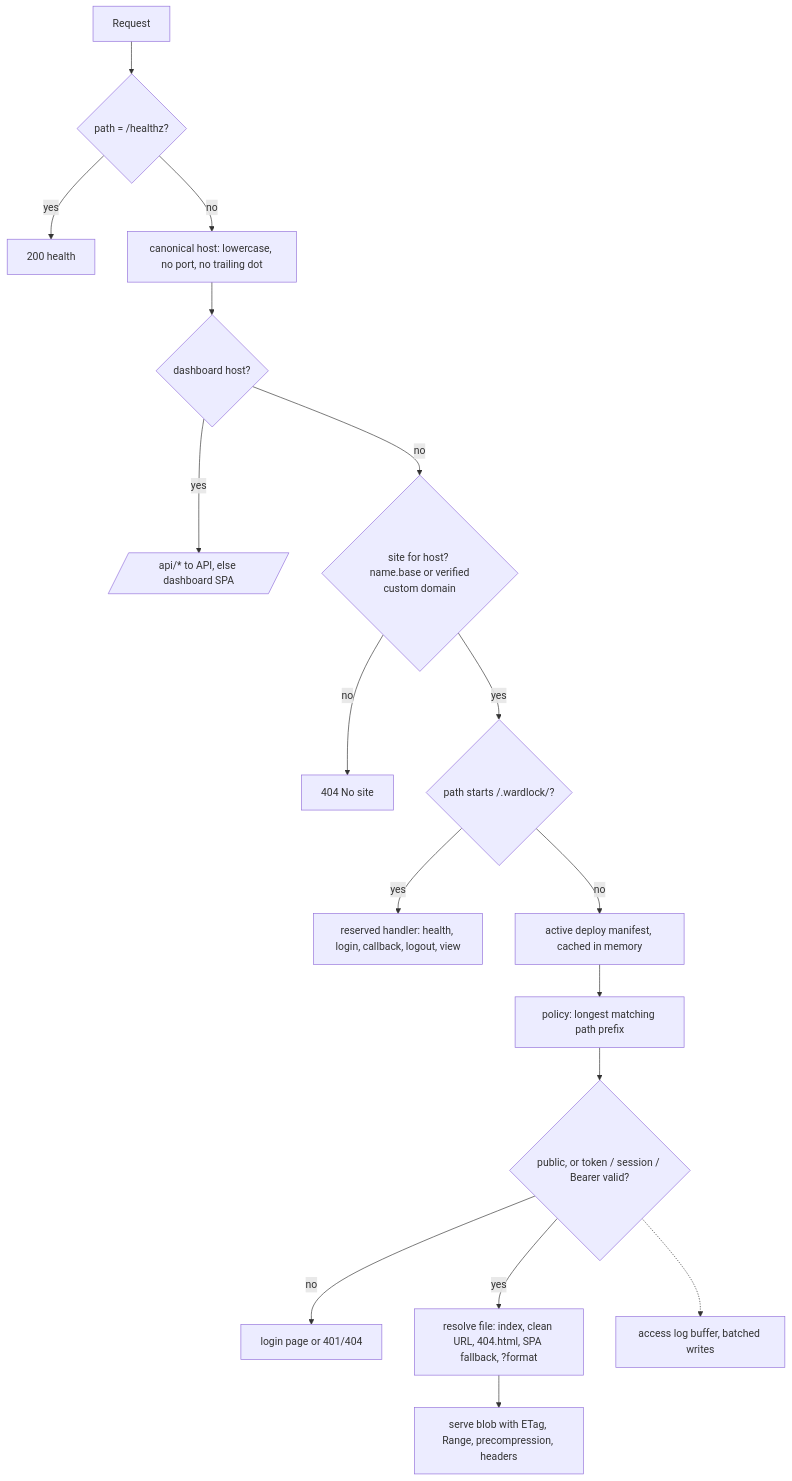
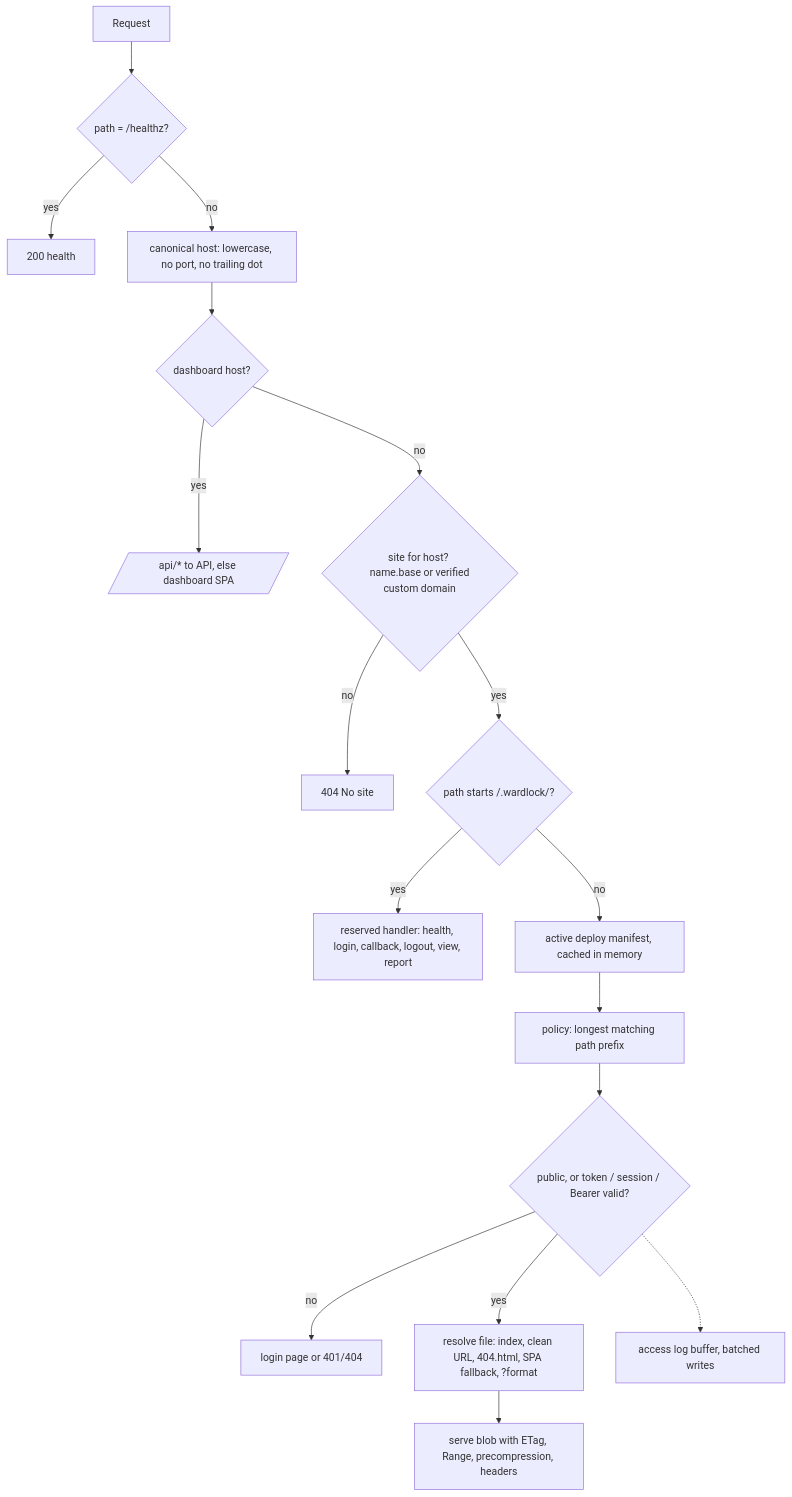
One commit to CubieCode/wardlock changed the second of 6 diagrams in docs/ARCHITECTURE.md. Above: the diagram before and after it, drawn with Mermaid. The commit also changed other lines of this file and 6 other files, not shown here.

````diff
--- a/docs/ARCHITECTURE.md
+++ b/docs/ARCHITECTURE.md
@@ -110,19 +111,19 @@
 ```mermaid
 flowchart TD
   R[Request] --> H{path = /healthz?}
   H -->|yes| OK[200 health]
   H -->|no| N[canonical host: lowercase, no port, no trailing dot]
   N --> DH{dashboard host?}
   DH -->|yes| DASH[/api/* to API, else dashboard SPA/]
   DH -->|no| S{site for host? <br/> name.base or verified custom domain}
   S -->|no| NF[404 No site]
   S -->|yes| RES{path starts /.wardlock/?}
-  RES -->|yes| RP[reserved handler: health, login, callback, logout, view]
+  RES -->|yes| RP[reserved handler: health, login, callback, logout, view, report]
   RES -->|no| AD[active deploy manifest, cached in memory]
   AD --> P[policy: longest matching path prefix]
   P --> CHK{public, or token / session / Bearer valid?}
   CHK -->|no| LG[login page or 401/404]
   CHK -->|yes| F[resolve file: index, clean URL, 404.html, SPA fallback, ?format]
   F --> OUT[serve blob with ETag, Range, precompression, headers]
   CHK -.-> LOG[access log buffer, batched writes]
 ```
````
